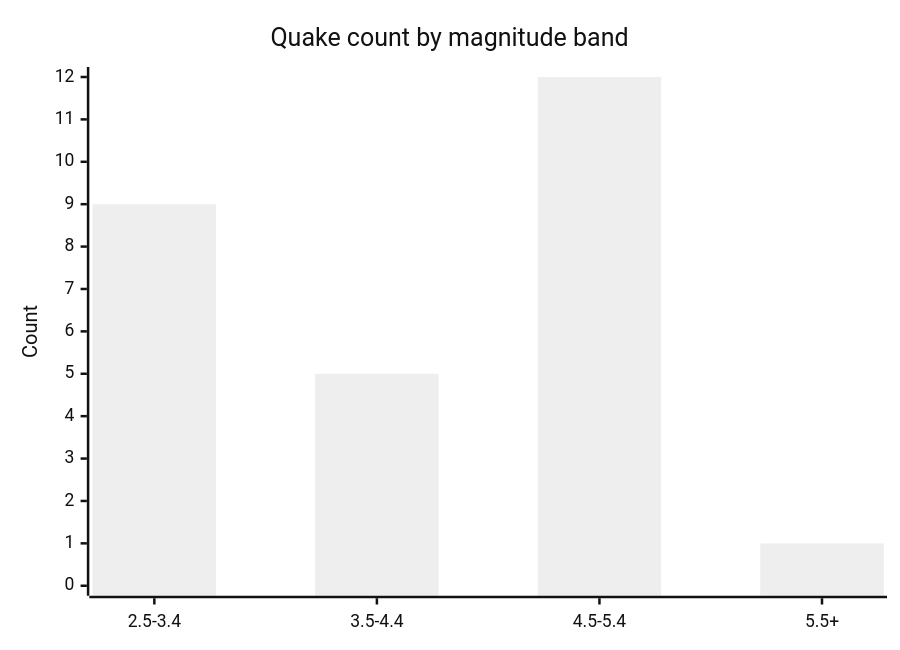
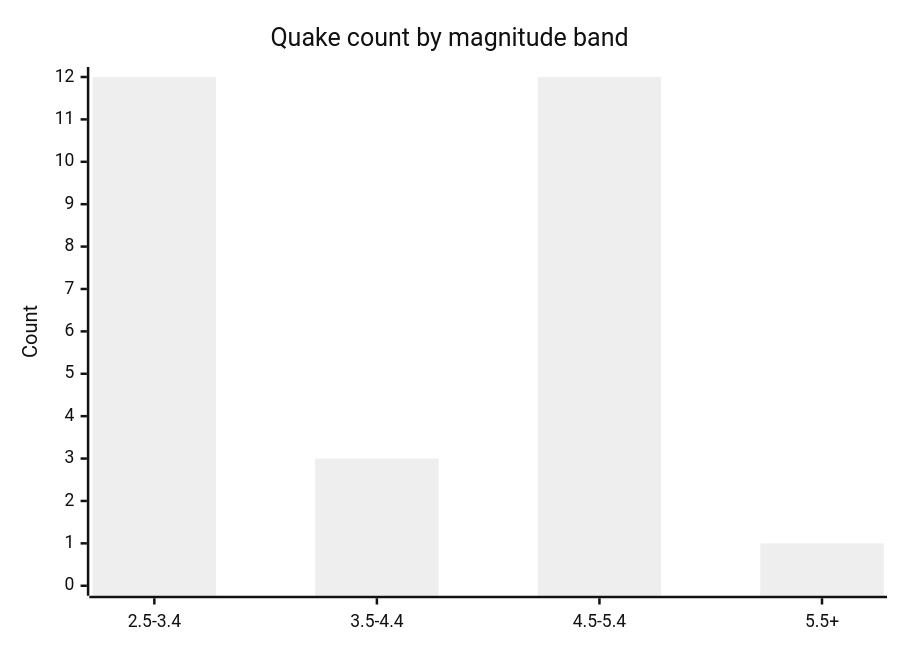
Before and after one commit to Midwest-Stratospheric/aerostratospheric-defense-gir: the fifth of 6 diagrams in docs/GRAPHS.md, drawn with Mermaid (neutral theme). The commit also changed other lines of this file and 23 other files, not shown here.

````diff
--- a/docs/GRAPHS.md
+++ b/docs/GRAPHS.md
@@ -82,7 +82,7 @@
 ```mermaid
 xychart-beta
   title "Quake count by magnitude band"
   x-axis ["2.5-3.4", "3.5-4.4", "4.5-5.4", "5.5+"]
   y-axis "Count" 0 --> 12
-  bar [9, 5, 12, 1]
+  bar [12, 3, 12, 1]
 ```
````
